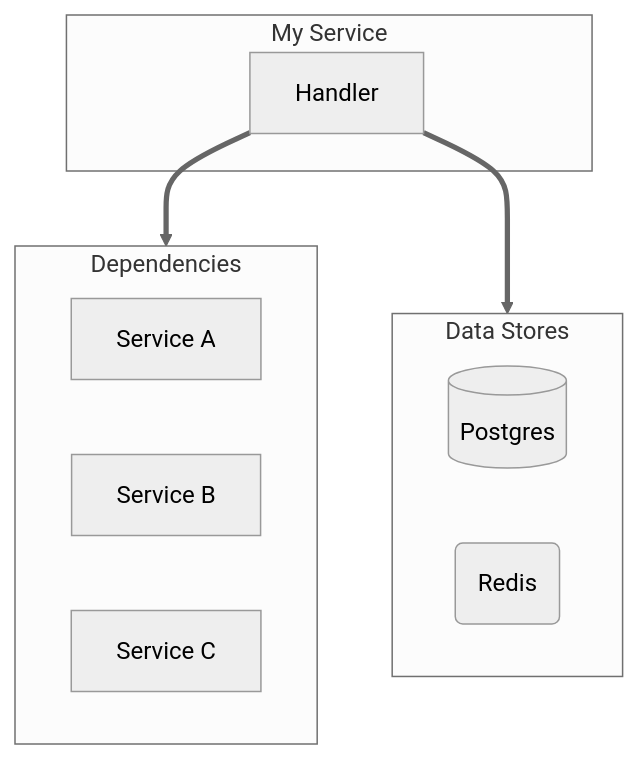
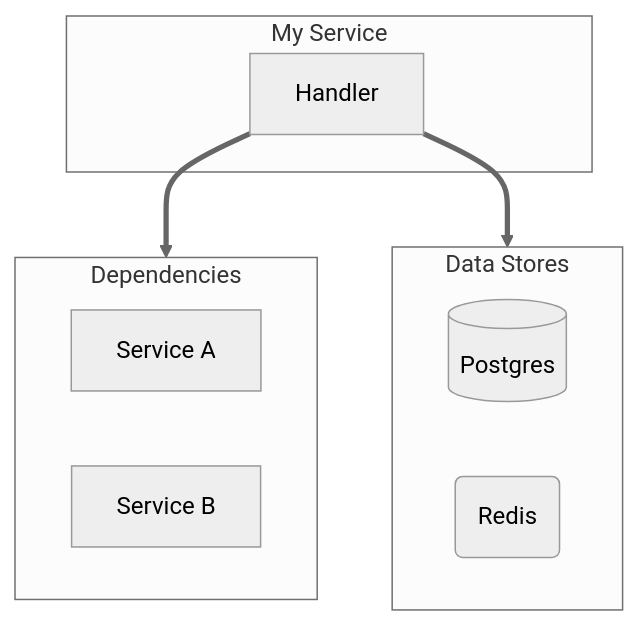
Before and after one commit to selimabeniacar/gemini-skills: the third of 4 diagrams in prompts/phase2-generation.md, drawn with Mermaid (neutral theme). The commit also changed other lines of this file and 9 other files, not shown here.

````diff
--- a/prompts/phase2-generation.md
+++ b/prompts/phase2-generation.md
@@ -209,22 +194,21 @@
 ```mermaid
 flowchart TD
     subgraph target ["My Service"]
         T1[Handler]
     end
 
     subgraph deps ["Dependencies"]
         direction LR
         D1[Service A]
         D2[Service B]
-        D3[Service C]
     end
 
     subgraph data ["Data Stores"]
         direction LR
         DB1[(Postgres)]
         C1(Redis)
     end
 
     T1 ==> deps
     T1 ==> data
 ```
````
